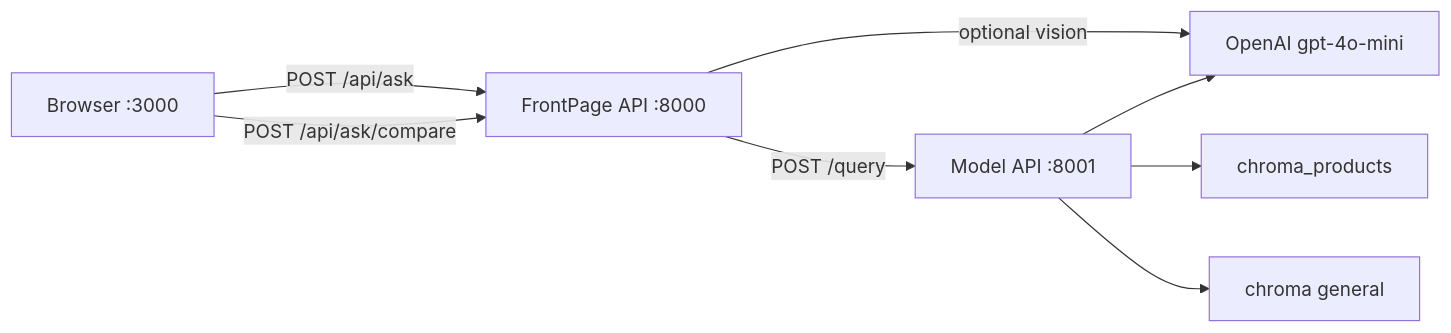
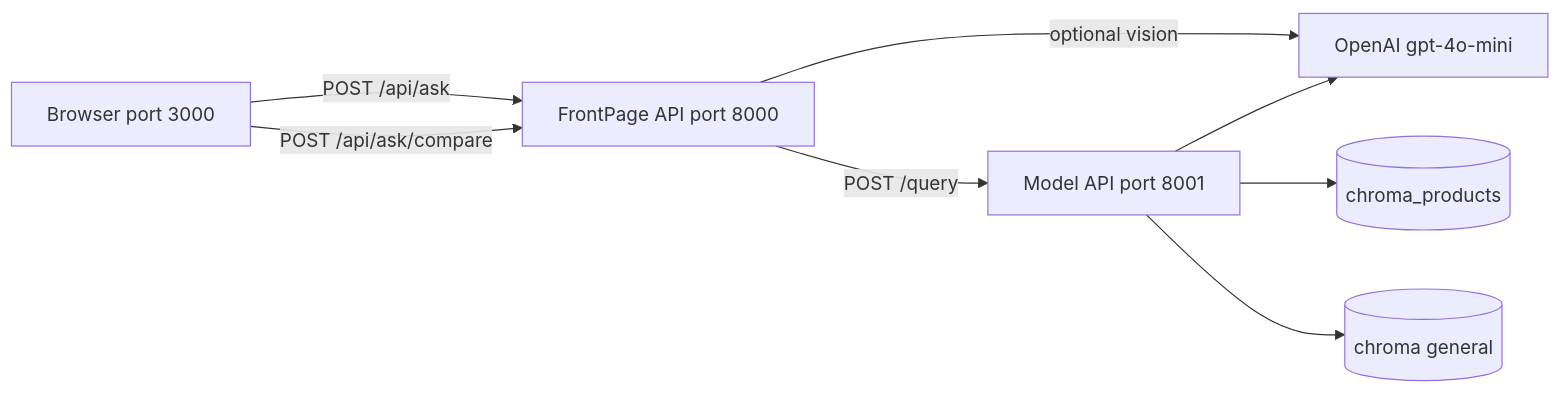
One commit to Naifcx47350/TerraMind changed the diagram in PROJECT_OVERVIEW.md. Above: the diagram before and after it, drawn with Mermaid. The commit also changed 2 other files, not shown here.

Commit message:
Refactor documentation for clarity and consistency
Updated PROJECT_OVERVIEW.md, GENERAL_RAG_VALIDATION_REPORT.md, and SYSTEM_ARCHITECTURE.md to enhance clarity in diagrams and descriptions. Adjusted labels in flowcharts for better readability and consistency across documentation.

````diff
--- a/PROJECT_OVERVIEW.md
+++ b/PROJECT_OVERVIEW.md
@@ -37,17 +37,17 @@
 ```mermaid
 flowchart LR
-  User[Browser :3000]
-  FP[FrontPage API :8000]
-  RAG[Model API :8001]
-  PC[chroma_products]
-  GEN[chroma general]
-  LLM[OpenAI gpt-4o-mini]
+  User["Browser port 3000"]
+  FP["FrontPage API port 8000"]
+  RAG["Model API port 8001"]
+  PC[("chroma_products")]
+  GEN[("chroma general")]
+  LLM["OpenAI gpt-4o-mini"]
 
-  User -->|POST /api/ask| FP
-  User -->|POST /api/ask/compare| FP
-  FP -->|optional vision| LLM
-  FP -->|POST /query| RAG
+  User -->|"POST /api/ask"| FP
+  User -->|"POST /api/ask/compare"| FP
+  FP -->|"optional vision"| LLM
+  FP -->|"POST /query"| RAG
   RAG --> PC
   RAG --> GEN
   RAG --> LLM
 ```
````
